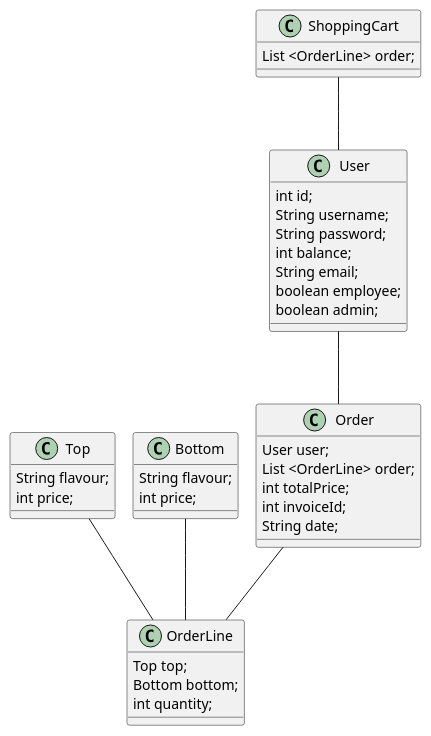
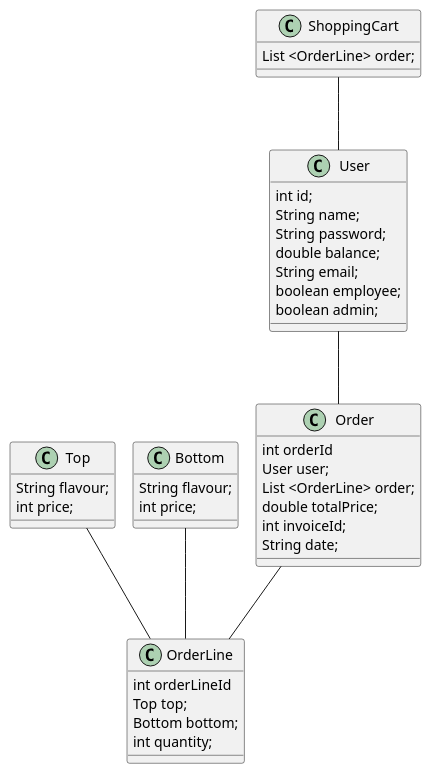
Before and after one commit to AlberteVallentin/Cupcake: the diagram in doc/ClassDiagram.puml, drawn with PlantUML. The commit also changed 2 other files, not shown here.

```diff
--- a/doc/ClassDiagram.puml
+++ b/doc/ClassDiagram.puml
@@ -1,51 +1,53 @@
 @startuml
 'https://plantuml.com/class-diagram
 !pragma layout smetana
 
 
 class User {
 int id;
-String username;
+String name;
 String password;
-int balance;
+double balance;
 String email;
 boolean employee;
 boolean admin;
 }
 
 class Order{
+int orderId
 User user;
 List <OrderLine> order;
-int totalPrice;
+double totalPrice;
 int invoiceId;
 String date;
 }
 
 class ShoppingCart{
 List <OrderLine> order;
 }
 
 class OrderLine{
+int orderLineId
 Top top;
 Bottom bottom;
 int quantity;
 }
 
 
 class Top{
 String flavour;
 int price;
 }
 
 class Bottom{
 String flavour;
 int price;
 }
 
 Bottom --- OrderLine
 Top --- OrderLine
 User --- Order
 Order --- OrderLine
 ShoppingCart --- User
 
 @enduml
```
